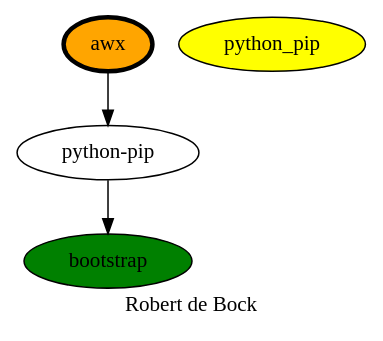
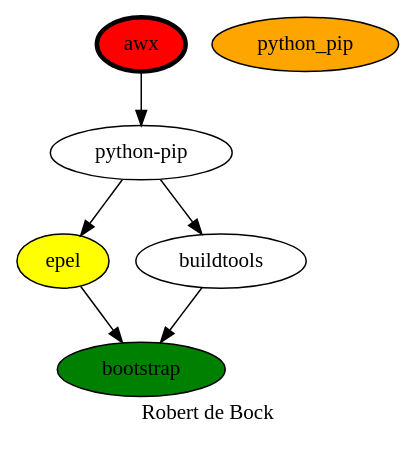
Before and after one commit to robertdebock/drawings: the diagram in awx.dot, drawn with Graphviz. The commit also changed 1 other file, not shown here.

Commit message:
Fix awx, users and python_pip.

```diff
--- a/awx.dot
+++ b/awx.dot
@@ -1,11 +1,13 @@
 digraph PhiloDilemma {
   label = "Robert de Bock" ;
   overlap=false
   {
     bootstrap [fillcolor=green style=filled]
-    "python_pip" [fillcolor=yellow style=filled]
-    awx [fillcolor=orange style=filled penwidth=3]
+    epel [fillcolor=yellow style=filled]
+    "python_pip" [fillcolor=orange style=filled]
+    awx [fillcolor=red style=filled penwidth=3]
   }
   awx -> "python-pip"
-  "python-pip" -> bootstrap
+  "python-pip" -> {buildtools epel}
+  {buildtools epel} -> bootstrap
 }
```
